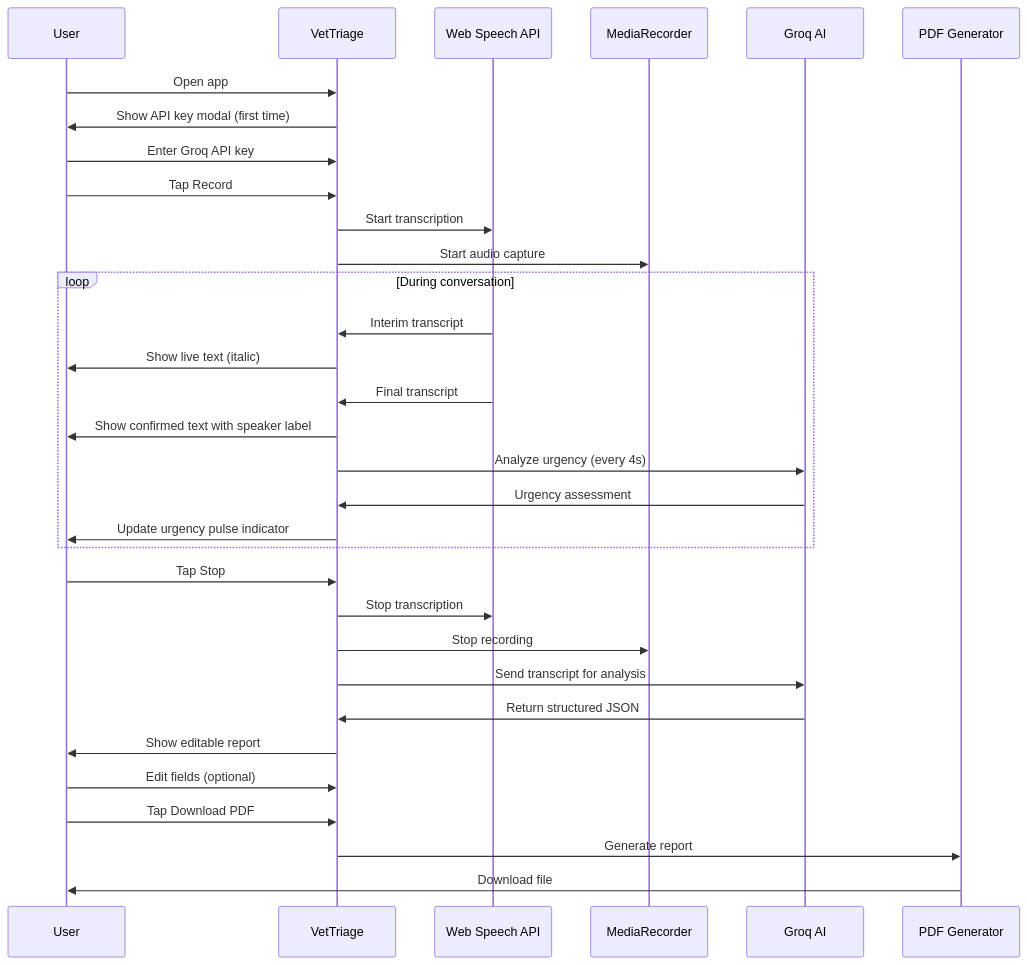
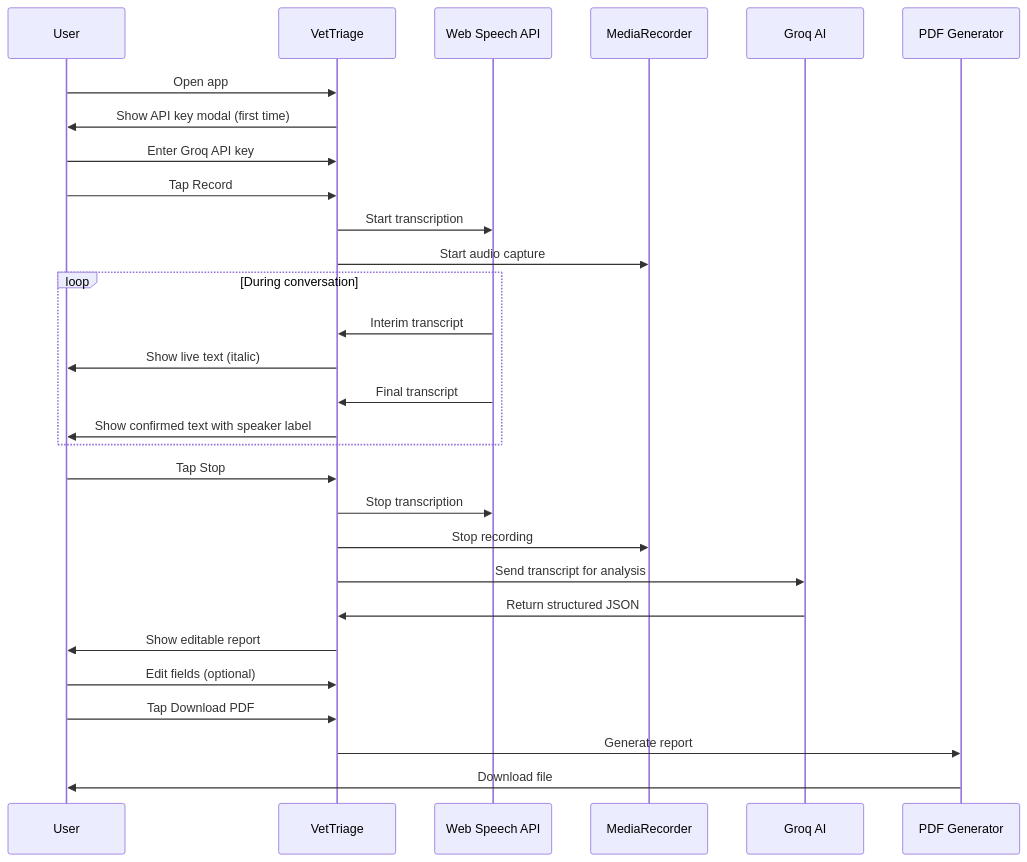
The third of 3 diagrams in README.md (Rahul-sch/VetTriage), drawn with Mermaid before and after one commit. The commit also changed other lines of this file, not shown here.

````diff
--- a/README.md
+++ b/README.md
@@ -152,39 +170,36 @@
 ```mermaid
 sequenceDiagram
     participant U as User
     participant App as VetTriage
     participant WSA as Web Speech API
     participant MR as MediaRecorder
     participant AI as Groq AI
     participant PDF as PDF Generator
 
     U->>App: Open app
     App->>U: Show API key modal (first time)
     U->>App: Enter Groq API key
 
     U->>App: Tap Record
     App->>WSA: Start transcription
     App->>MR: Start audio capture
 
     loop During conversation
         WSA->>App: Interim transcript
         App->>U: Show live text (italic)
         WSA->>App: Final transcript
         App->>U: Show confirmed text with speaker label
-        App->>AI: Analyze urgency (every 4s)
-        AI->>App: Urgency assessment
-        App->>U: Update urgency pulse indicator
     end
 
     U->>App: Tap Stop
     App->>WSA: Stop transcription
     App->>MR: Stop recording
     App->>AI: Send transcript for analysis
     AI->>App: Return structured JSON
     App->>U: Show editable report
 
     U->>App: Edit fields (optional)
     U->>App: Tap Download PDF
     App->>PDF: Generate report
     PDF->>U: Download file
 ```
````
